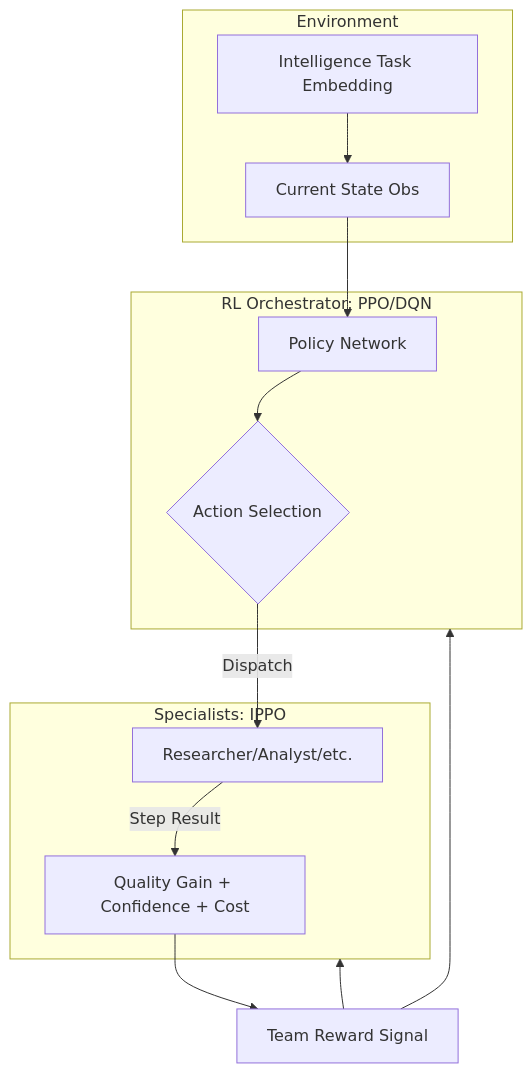
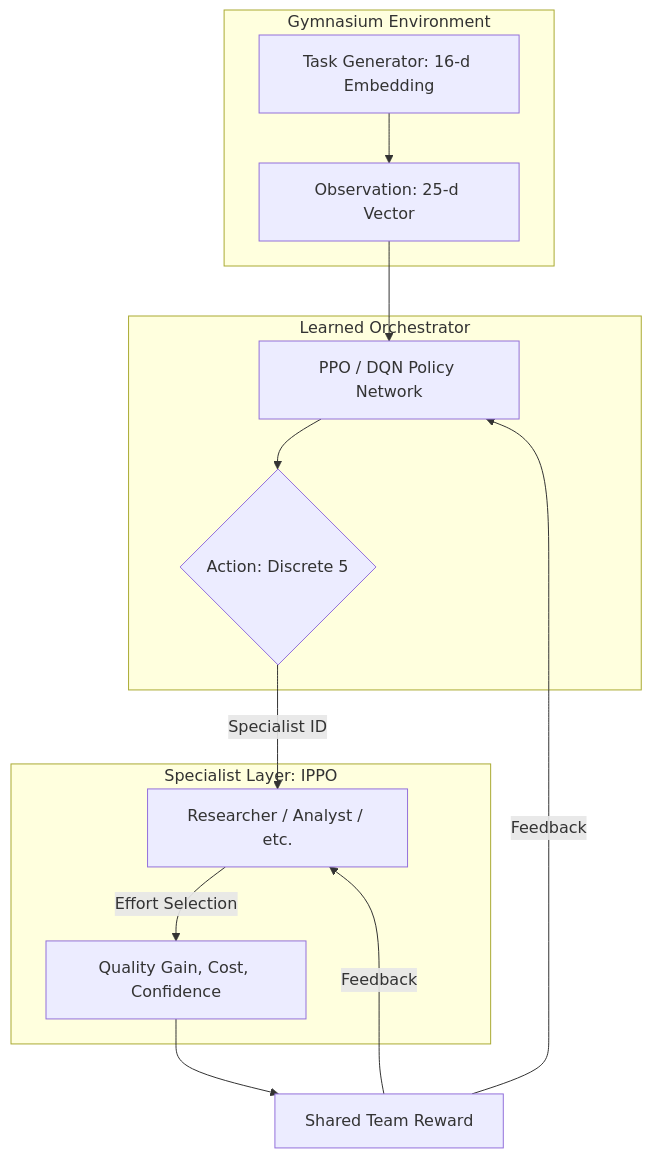
The diagram in RL_DOCUMENTATION.md (abhinav07p/Reinforcement-Learning-for-Agentic-AI-Systems), drawn with Mermaid before and after one commit. The commit also changed other lines of this file and 1 other file, not shown here.

````diff
--- a/RL_DOCUMENTATION.md
+++ b/RL_DOCUMENTATION.md
@@ -11,20 +12,20 @@
 ```mermaid
 graph TD
-    subgraph Environment
-        Task[Intelligence Task Embedding] --> Obs[Current State Obs]
+    subgraph Environment [Gymnasium Environment]
+        Task[Task Generator: 16-d Embedding] --> State[Observation: 25-d Vector]
     end
-    
-    subgraph Orchestrator [RL Orchestrator: PPO/DQN]
-        Obs --> Policy[Policy Network]
-        Policy --> Action{Action Selection}
+
+    subgraph Orchestrator [Learned Orchestrator]
+        State --> Policy[PPO / DQN Policy Network]
+        Policy --> Action{Action: Discrete 5}
     end
-    
-    subgraph Specialist_Layer [Specialists: IPPO]
-        Action -- Dispatch --> Specialist[Researcher/Analyst/etc.]
-        Specialist -- Step Result --> Feedback[Quality Gain + Confidence + Cost]
+
+    subgraph Specialists [Specialist Layer: IPPO]
+        Action -- Specialist ID --> Expert[Researcher / Analyst / etc.]
+        Expert -- Effort Selection --> Result[Quality Gain, Cost, Confidence]
     end
-    
-    Feedback --> Reward[Team Reward Signal]
-    Reward --> Orchestrator
-    Reward --> Specialist_Layer
+
+    Result --> Reward[Shared Team Reward]
+    Reward -- Feedback --> Policy
+    Reward -- Feedback --> Expert
 ```
````
